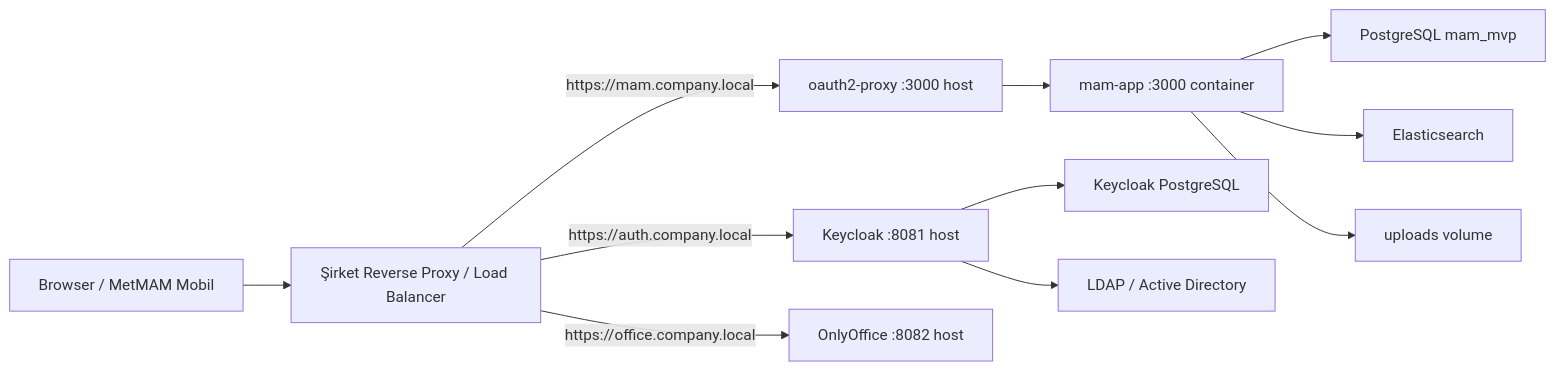
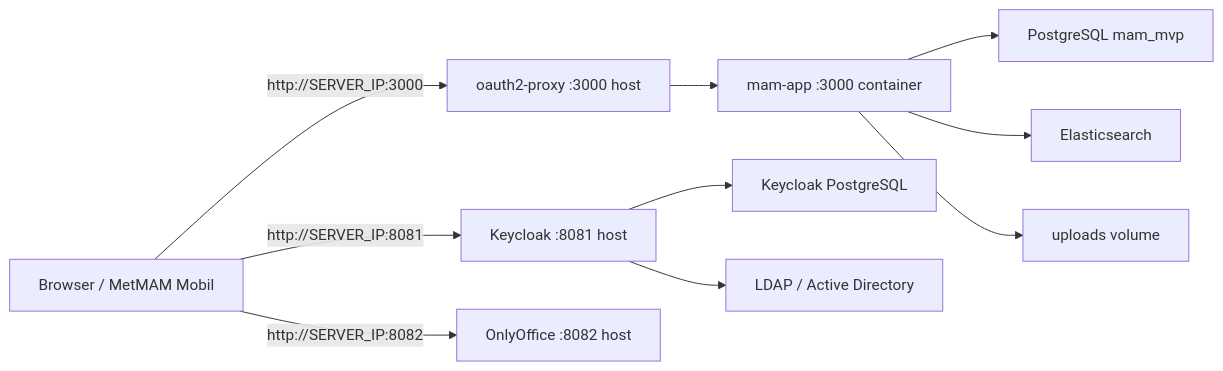
One commit to takmasakal/mam_deneme changed the diagram in docs/company-server-deploy.md. Above: the diagram before and after it, drawn with Mermaid. The commit also changed other lines of this file and 10 other files, not shown here.

````diff
--- a/docs/company-server-deploy.md
+++ b/docs/company-server-deploy.md
@@ -9,13 +9,12 @@
 ```mermaid
 flowchart LR
-  U["Browser / MetMAM Mobil"] --> RP["Şirket Reverse Proxy / Load Balancer"]
-  RP -->|https://mam.company.local| OP["oauth2-proxy :3000 host"]
-  RP -->|https://auth.company.local| KC["Keycloak :8081 host"]
-  RP -->|https://office.company.local| OO["OnlyOffice :8082 host"]
+  U["Browser / MetMAM Mobil"] -->|http://SERVER_IP:3000| OP["oauth2-proxy :3000 host"]
+  U -->|http://SERVER_IP:8081| KC["Keycloak :8081 host"]
+  U -->|http://SERVER_IP:8082| OO["OnlyOffice :8082 host"]
   OP --> APP["mam-app :3000 container"]
   APP --> PG["PostgreSQL mam_mvp"]
   APP --> ES["Elasticsearch"]
   APP --> UP["uploads volume"]
   KC --> KCPG["Keycloak PostgreSQL"]
   KC --> LDAP["LDAP / Active Directory"]
 ```
````
